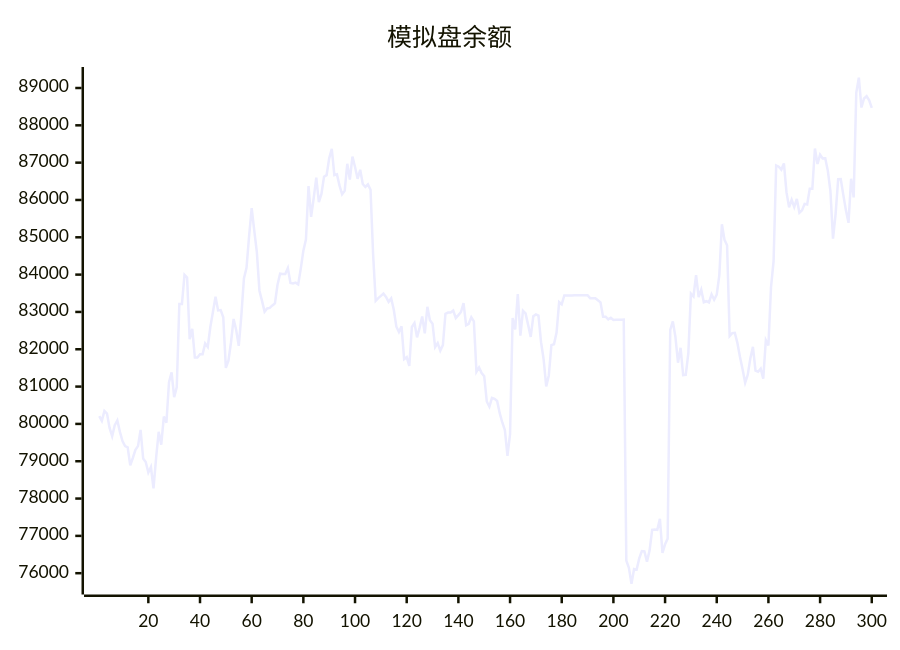
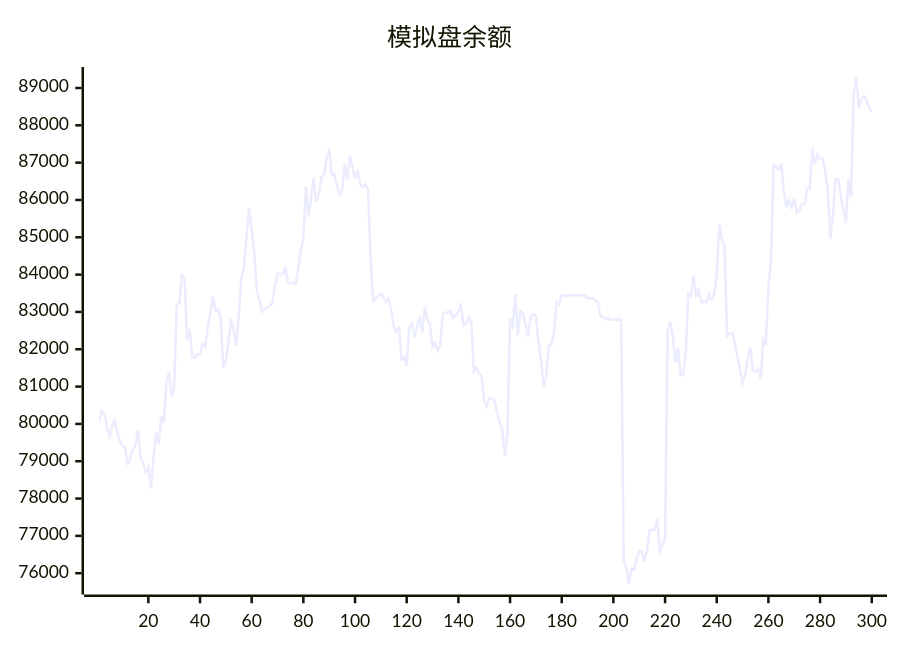
The diagram in README.md (aahl/ai-trading), drawn with Mermaid before and after one commit. The commit also changed other lines of this file and 1 other file, not shown here.

````diff
--- a/README.md
+++ b/README.md
@@ -5,5 +5,5 @@
 ```mermaid
 xychart
     title "模拟盘余额"
-    line [80208,80081,80348,80277,79894,79670,79965,80093,79786,79542,79406,79371,78893,79087,79304,79406,79841,79072,78978,78696,78846,78272,79085,79787,79442,80198,80031,81120,81379,80718,80985,83214,83212,83993,83921,82270,82547,81776,81776,81866,81866,82158,82061,82596,83000,83408,83041,83050,82858,81503,81691,82188,82812,82517,82092,82901,83898,84180,85030,85781,85178,84604,83569,83298,83008,83093,83107,83175,83228,83729,84025,84017,84019,84177,83775,83762,83785,83738,84160,84639,84939,86370,85548,86046,86599,85942,86161,86622,86664,87115,87369,86666,86685,86384,86152,86243,86969,86548,87164,86885,86566,86809,86427,86348,86417,86273,84538,83299,83369,83430,83490,83404,83270,83362,83056,82605,82459,82614,81734,81788,81551,82598,82702,82320,82580,82878,82426,83139,82778,82686,82056,82166,81963,82110,82951,82983,82984,83038,82838,82915,82998,83235,82642,82682,82858,82746,81396,81512,81362,81277,80600,80461,80699,80673,80616,80288,80038,79836,79142,79722,82837,82533,83480,82366,83032,82960,82654,82330,82883,82934,82901,82188,81728,81005,81298,82110,82135,82449,83264,83203,83440,83439,83440,83440,83446,83447,83448,83447,83448,83449,83369,83369,83369,83313,83256,82872,82873,82801,82844,82785,82791,82791,82793,82794,76339,76145,75714,76110,76096,76397,76594,76585,76310,76607,77160,77170,77160,77456,76541,76774,76927,82520,82744,82337,81639,82040,81307,81314,81887,83490,83414,83984,83396,83594,83261,83287,83253,83470,83327,83465,83987,85348,84930,84786,82355,82433,82438,82167,81795,81466,81105,81315,81756,82064,81426,81398,81481,81210,82242,82099,83658,84359,86925,86892,86814,86980,86203,85802,86003,85811,86028,85657,85721,85896,85880,86300,86299,87378,86965,87214,87115,87118,86780,86238,84966,85623,86555,86562,86129,85722,85387,86569,86070,88870,89278,88477,88720,88781,88668,88467]
+    line [80081,80348,80277,79894,79670,79965,80093,79786,79542,79406,79371,78893,79087,79304,79406,79841,79072,78978,78696,78846,78272,79085,79787,79442,80198,80031,81120,81379,80718,80985,83214,83212,83993,83921,82270,82547,81776,81776,81866,81866,82158,82061,82596,83000,83408,83041,83050,82858,81503,81691,82188,82812,82517,82092,82901,83898,84180,85030,85781,85178,84604,83569,83298,83008,83093,83107,83175,83228,83729,84025,84017,84019,84177,83775,83762,83785,83738,84160,84639,84939,86370,85548,86046,86599,85942,86161,86622,86664,87115,87369,86666,86685,86384,86152,86243,86969,86548,87164,86885,86566,86809,86427,86348,86417,86273,84538,83299,83369,83430,83490,83404,83270,83362,83056,82605,82459,82614,81734,81788,81551,82598,82702,82320,82580,82878,82426,83139,82778,82686,82056,82166,81963,82110,82951,82983,82984,83038,82838,82915,82998,83235,82642,82682,82858,82746,81396,81512,81362,81277,80600,80461,80699,80673,80616,80288,80038,79836,79142,79722,82837,82533,83480,82366,83032,82960,82654,82330,82883,82934,82901,82188,81728,81005,81298,82110,82135,82449,83264,83203,83440,83439,83440,83440,83446,83447,83448,83447,83448,83449,83369,83369,83369,83313,83256,82872,82873,82801,82844,82785,82791,82791,82793,82794,76339,76145,75714,76110,76096,76397,76594,76585,76310,76607,77160,77170,77160,77456,76541,76774,76927,82520,82744,82337,81639,82040,81307,81314,81887,83490,83414,83984,83396,83594,83261,83287,83253,83470,83327,83465,83987,85348,84930,84786,82355,82433,82438,82167,81795,81466,81105,81315,81756,82064,81426,81398,81481,81210,82242,82099,83658,84359,86925,86892,86814,86980,86203,85802,86003,85811,86028,85657,85721,85896,85880,86300,86299,87378,86965,87214,87115,87118,86780,86238,84966,85623,86555,86562,86129,85722,85387,86569,86070,88870,89278,88477,88720,88781,88668,88467,88372]
 ```
````
